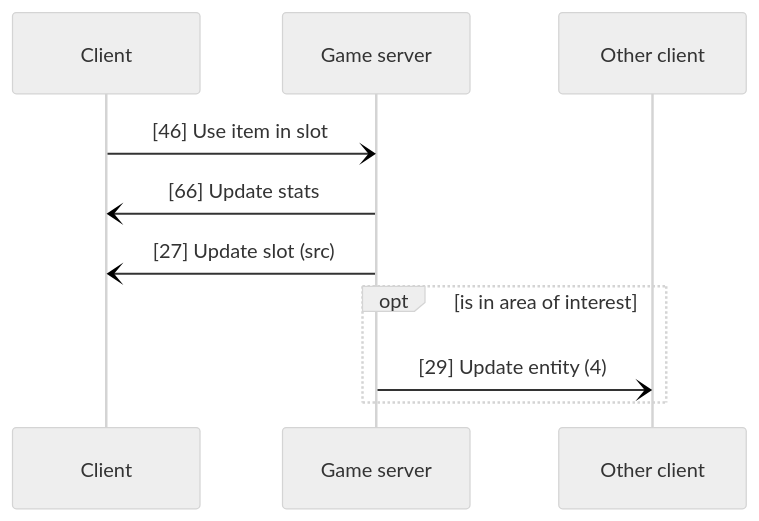
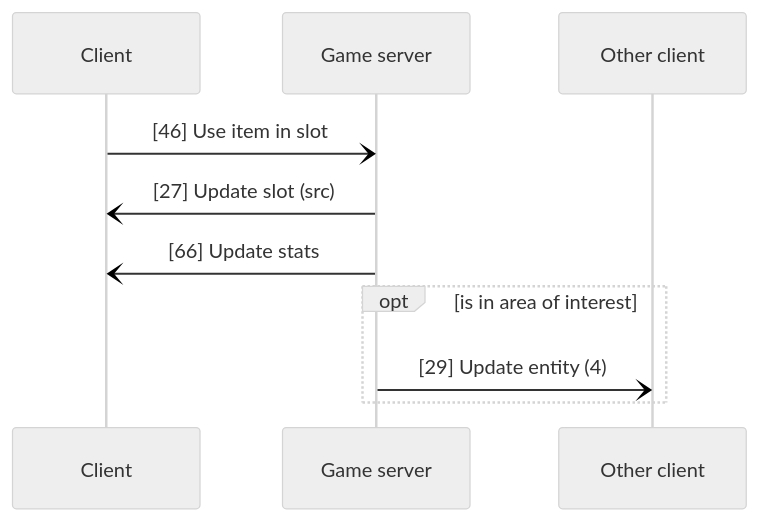
Before and after one commit to fygonzalo/banana: diagram 12 of 13 in README.md, drawn with Mermaid (neutral theme). The commit also changed other lines of this file, not shown here.

````diff
--- a/README.md
+++ b/README.md
@@ -287,12 +287,12 @@
 ```mermaid
 sequenceDiagram
     participant Client
     participant Game server
     participant Other client
     Client-)Game server: [46] Use item in slot
+    Game server-)Client: [27] Update slot (src)
     Game server-)Client: [66] Update stats
-    Game server-)Client: [27] Update slot (src)
     opt is in area of interest
     Game server-)Other client: [29] Update entity (4)
     end
 ```
````
